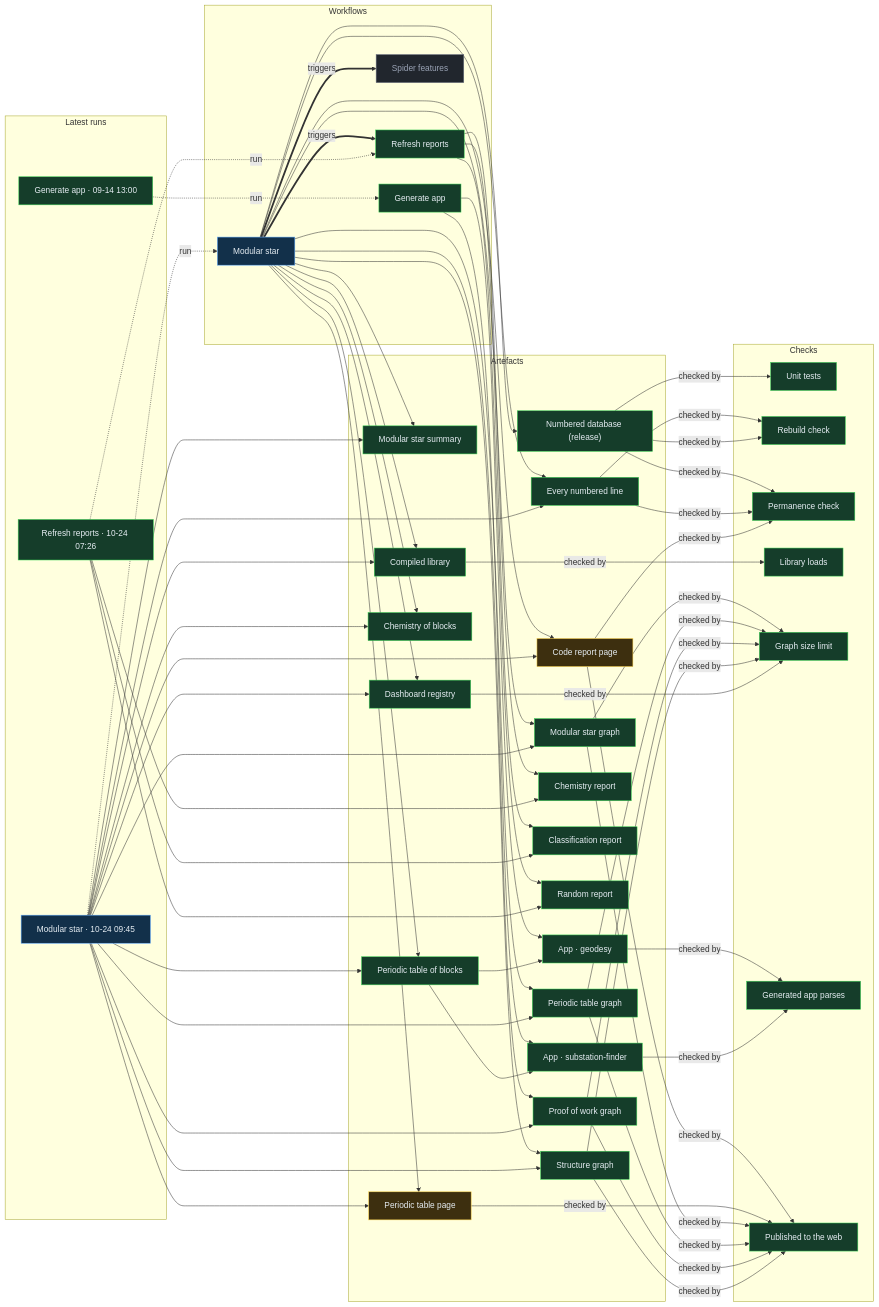
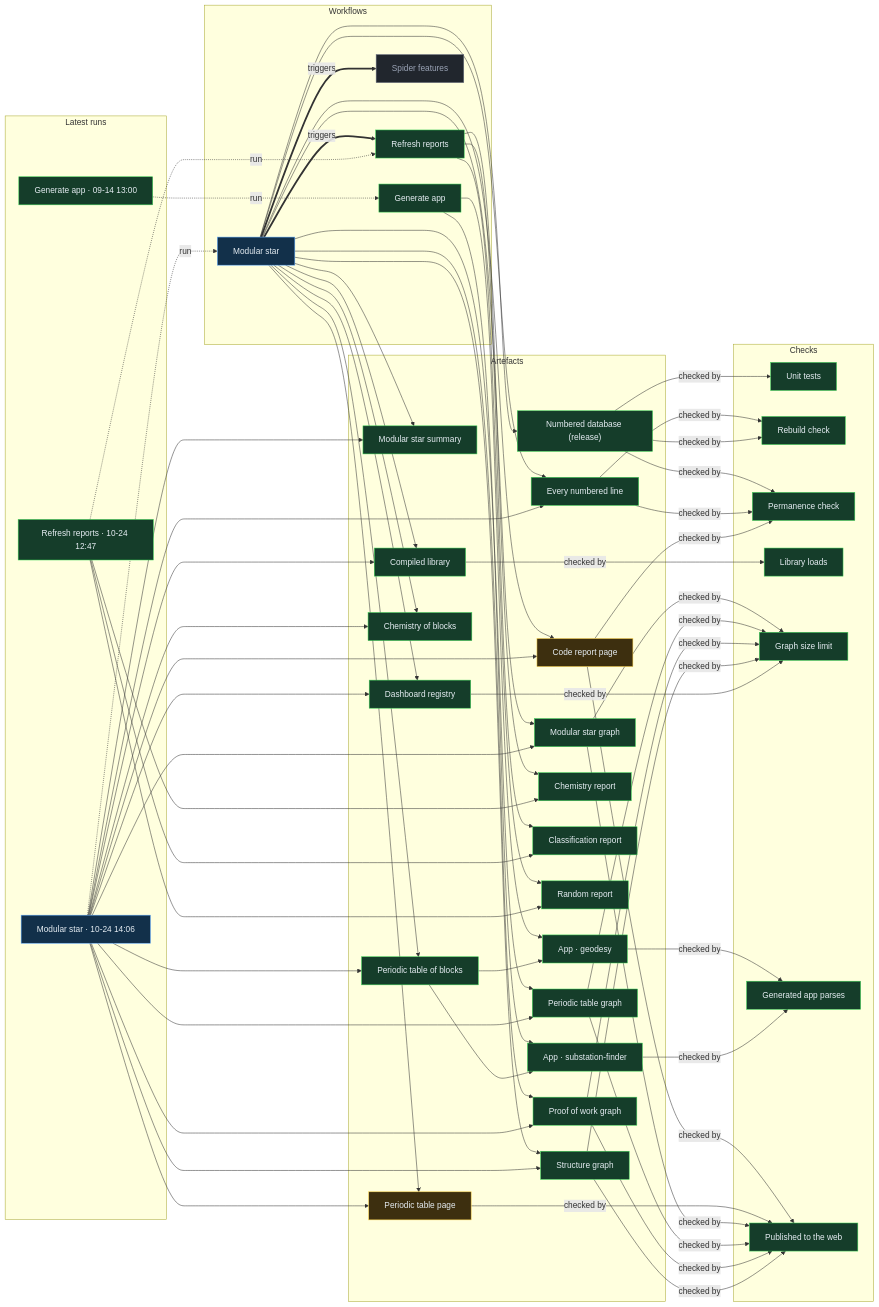
One commit to Ventusltd/stars changed the diagram in proof/PROOF.md. Above: the diagram before and after it, drawn with Mermaid. The commit also changed other lines of this file and 44 other files, not shown here.

Commit message:
Modular star 2026-10-24T14:08Z

```diff
--- a/proof/PROOF.md
+++ b/proof/PROOF.md
@@ -24,8 +24,8 @@
   n_wf_spider_features["Spider features"]:::off
   end
   subgraph g_runs["Latest runs"]
-  n_run_40083237689["Modular star · 10-24 09:45"]:::live
-  n_run_40074148820["Refresh reports · 10-24 07:26"]:::ok
+  n_run_40101009162["Modular star · 10-24 14:06"]:::live
+  n_run_40095410269["Refresh reports · 10-24 12:47"]:::ok
   n_run_34846587798["Generate app · 09-14 13:00"]:::ok
   end
   subgraph g_artefacts["Artefacts"]
@@ -59,39 +59,39 @@
   end
   n_wf_modular_star == triggers ==> n_wf_refresh
   n_wf_modular_star == triggers ==> n_wf_spider_features
-  n_run_40083237689 -. run .-> n_wf_modular_star
-  n_run_40074148820 -. run .-> n_wf_refresh
+  n_run_40101009162 -. run .-> n_wf_modular_star
+  n_run_40095410269 -. run .-> n_wf_refresh
   n_run_34846587798 -. run .-> n_wf_generate
   n_wf_modular_star --> n_art_summary
-  n_run_40083237689 --> n_art_summary
+  n_run_40101009162 --> n_art_summary
   n_wf_modular_star --> n_art_lines
-  n_run_40083237689 --> n_art_lines
+  n_run_40101009162 --> n_art_lines
   n_wf_modular_star --> n_art_code
-  n_run_40083237689 --> n_art_code
+  n_run_40101009162 --> n_art_code
   n_wf_modular_star --> n_art_modular_graph
-  n_run_40083237689 --> n_art_modular_graph
+  n_run_40101009162 --> n_art_modular_graph
   n_wf_modular_star --> n_art_blocks
-  n_run_40083237689 --> n_art_blocks
+  n_run_40101009162 --> n_art_blocks
   n_wf_modular_star --> n_art_table
-  n_run_40083237689 --> n_art_table
+  n_run_40101009162 --> n_art_table
   n_wf_modular_star --> n_art_blocks_graph
-  n_run_40083237689 --> n_art_blocks_graph
+  n_run_40101009162 --> n_art_blocks_graph
   n_wf_modular_star --> n_art_reactions
-  n_run_40083237689 --> n_art_reactions
+  n_run_40101009162 --> n_art_reactions
   n_wf_modular_star --> n_art_library
-  n_run_40083237689 --> n_art_library
+  n_run_40101009162 --> n_art_library
   n_wf_modular_star --> n_art_features
-  n_run_40083237689 --> n_art_features
+  n_run_40101009162 --> n_art_features
   n_wf_modular_star --> n_art_proof
-  n_run_40083237689 --> n_art_proof
+  n_run_40101009162 --> n_art_proof
   n_wf_modular_star --> n_art_structure
-  n_run_40083237689 --> n_art_structure
+  n_run_40101009162 --> n_art_structure
   n_wf_refresh --> n_art_chemistry
-  n_run_40074148820 --> n_art_chemistry
+  n_run_40095410269 --> n_art_chemistry
   n_wf_refresh --> n_art_vedic
-  n_run_40074148820 --> n_art_vedic
+  n_run_40095410269 --> n_art_vedic
   n_wf_refresh --> n_art_random
-  n_run_40074148820 --> n_art_random
+  n_run_40095410269 --> n_art_random
   n_wf_modular_star --> n_art_release
   n_wf_generate --> n_app_geodesy
   n_art_blocks --> n_app_geodesy
```
